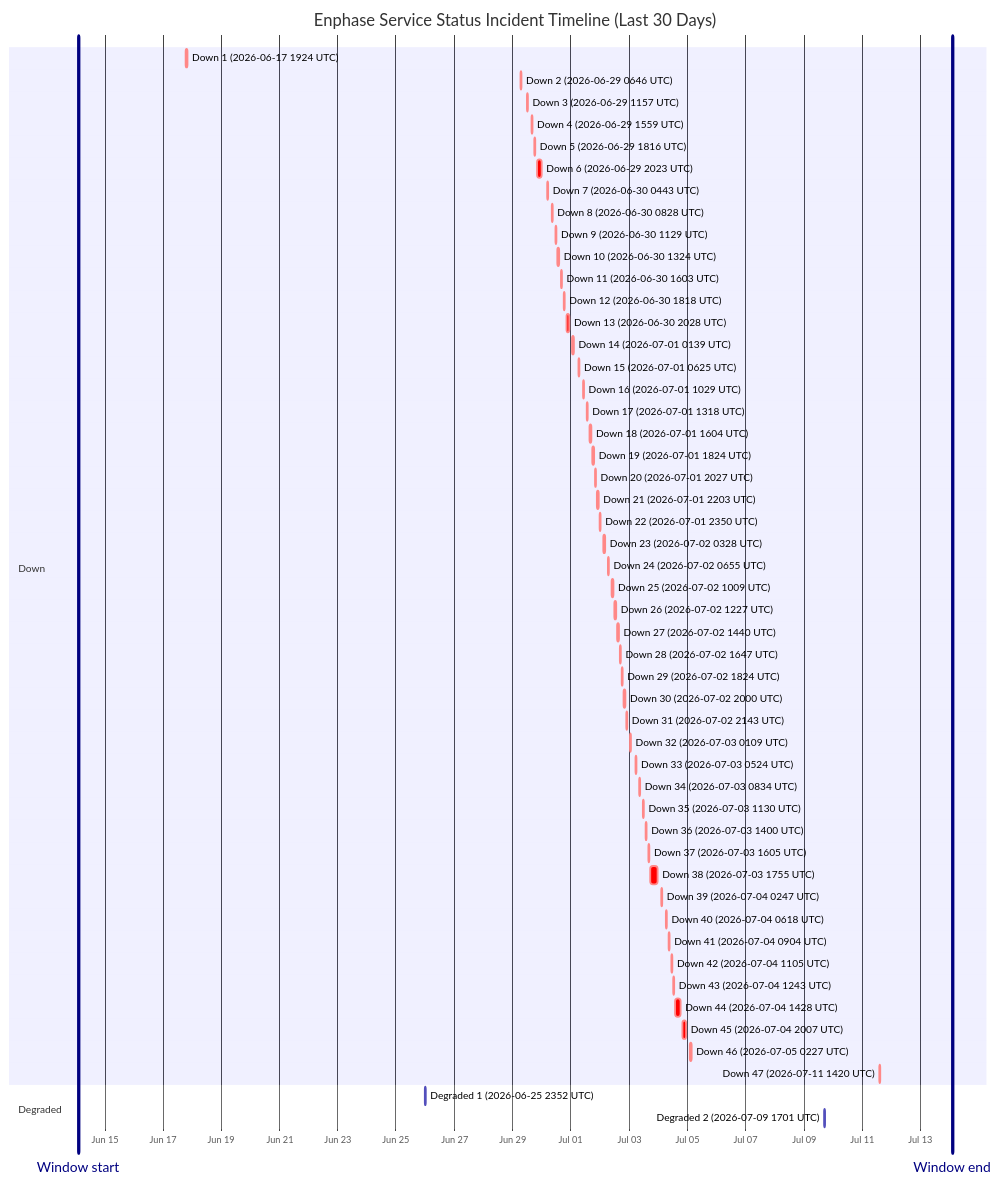
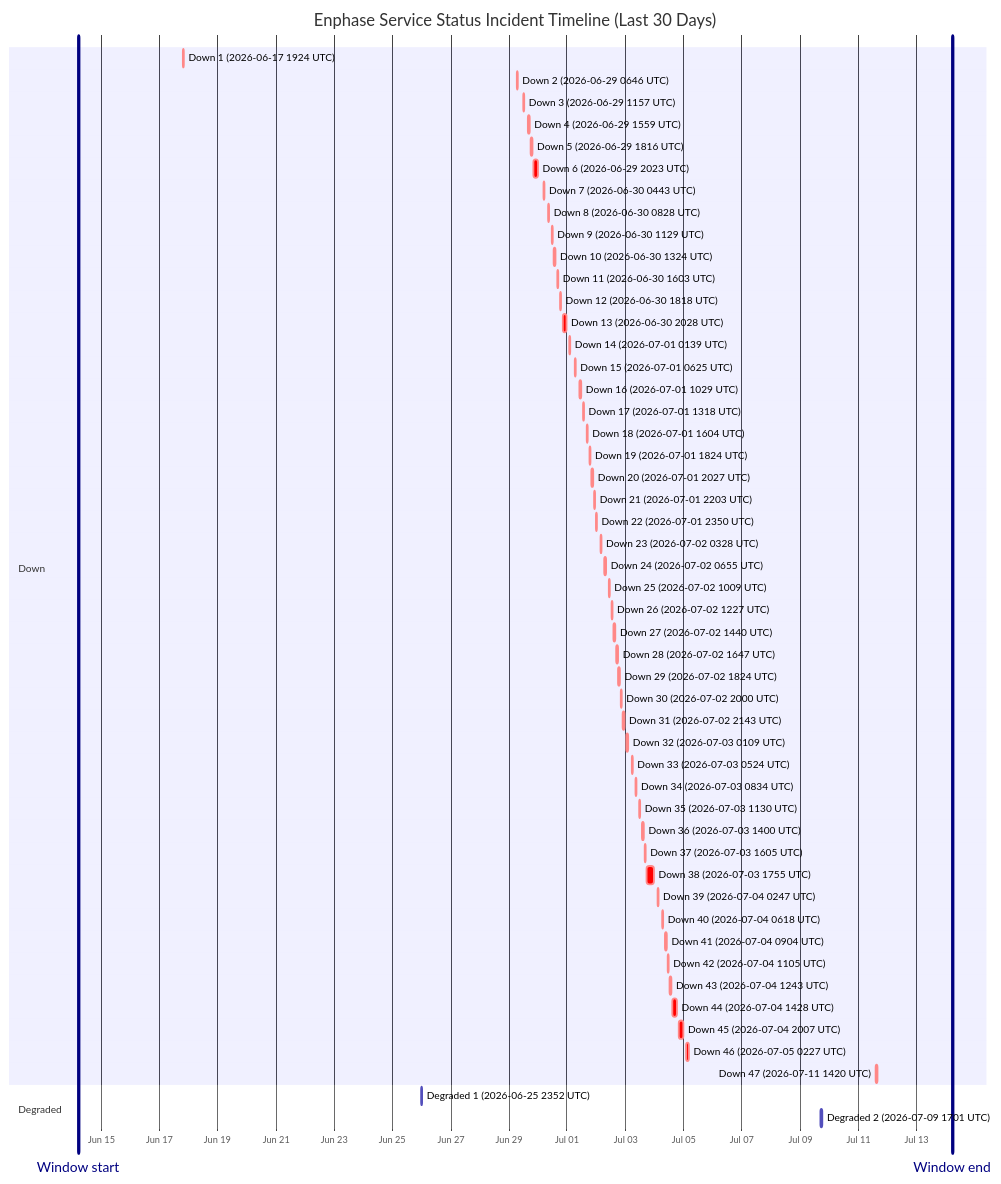
Before and after one commit to barneyonline/ha-enphase-energy: the diagram in wiki/Service-Status-History.md, drawn with Mermaid. The commit also changed other lines of this file and 3 other files, not shown here.

````diff
--- a/wiki/Service-Status-History.md
+++ b/wiki/Service-Status-History.md
@@ -14,59 +14,59 @@
 ```mermaid
 gantt
     title Enphase Service Status Incident Timeline (Last 30 Days)
     dateFormat  YYYY-MM-DDTHH:mm:ss
     axisFormat  %b %d
-    Window start :vert, window-start, 2026-06-14T02:23:11, 0ms
-    Window end :vert, window-end, 2026-07-14T02:23:11, 0ms
+    Window start :vert, window-start, 2026-06-14T05:12:58, 0ms
+    Window end :vert, window-end, 2026-07-14T05:12:58, 0ms
     section Down
     Down 1 (2026-06-17 1924 UTC) :crit, down-1, 2026-06-17T19:24:51, 60m
     Down 2 (2026-06-29 0646 UTC) :crit, down-2, 2026-06-29T06:46:18, 60m
     Down 3 (2026-06-29 1157 UTC) :crit, down-3, 2026-06-29T11:57:36, 60m
     Down 4 (2026-06-29 1559 UTC) :crit, down-4, 2026-06-29T15:59:02, 60m
     Down 5 (2026-06-29 1816 UTC) :crit, down-5, 2026-06-29T18:16:38, 60m
     Down 6 (2026-06-29 2023 UTC) :crit, down-6, 2026-06-29T20:23:16, 220m
     Down 7 (2026-06-30 0443 UTC) :crit, down-7, 2026-06-30T04:43:54, 60m
     Down 8 (2026-06-30 0828 UTC) :crit, down-8, 2026-06-30T08:28:43, 60m
     Down 9 (2026-06-30 1129 UTC) :crit, down-9, 2026-06-30T11:29:15, 60m
     Down 10 (2026-06-30 1324 UTC) :crit, down-10, 2026-06-30T13:24:25, 60m
     Down 11 (2026-06-30 1603 UTC) :crit, down-11, 2026-06-30T16:03:26, 60m
     Down 12 (2026-06-30 1818 UTC) :crit, down-12, 2026-06-30T18:18:39, 60m
     Down 13 (2026-06-30 2028 UTC) :crit, down-13, 2026-06-30T20:28:54, 171m
     Down 14 (2026-07-01 0139 UTC) :crit, down-14, 2026-07-01T01:39:18, 60m
     Down 15 (2026-07-01 0625 UTC) :crit, down-15, 2026-07-01T06:25:35, 60m
     Down 16 (2026-07-01 1029 UTC) :crit, down-16, 2026-07-01T10:29:24, 60m
     Down 17 (2026-07-01 1318 UTC) :crit, down-17, 2026-07-01T13:18:31, 60m
     Down 18 (2026-07-01 1604 UTC) :crit, down-18, 2026-07-01T16:04:29, 60m
     Down 19 (2026-07-01 1824 UTC) :crit, down-19, 2026-07-01T18:24:21, 60m
     Down 20 (2026-07-01 2027 UTC) :crit, down-20, 2026-07-01T20:27:17, 60m
     Down 21 (2026-07-01 2203 UTC) :crit, down-21, 2026-07-01T22:03:46, 60m
     Down 22 (2026-07-01 2350 UTC) :crit, down-22, 2026-07-01T23:50:52, 60m
     Down 23 (2026-07-02 0328 UTC) :crit, down-23, 2026-07-02T03:28:33, 60m
     Down 24 (2026-07-02 0655 UTC) :crit, down-24, 2026-07-02T06:55:07, 60m
     Down 25 (2026-07-02 1009 UTC) :crit, down-25, 2026-07-02T10:09:15, 60m
     Down 26 (2026-07-02 1227 UTC) :crit, down-26, 2026-07-02T12:27:49, 60m
     Down 27 (2026-07-02 1440 UTC) :crit, down-27, 2026-07-02T14:40:53, 60m
     Down 28 (2026-07-02 1647 UTC) :crit, down-28, 2026-07-02T16:47:47, 60m
     Down 29 (2026-07-02 1824 UTC) :crit, down-29, 2026-07-02T18:24:26, 60m
     Down 30 (2026-07-02 2000 UTC) :crit, down-30, 2026-07-02T20:00:57, 60m
     Down 31 (2026-07-02 2143 UTC) :crit, down-31, 2026-07-02T21:43:52, 80m
     Down 32 (2026-07-03 0109 UTC) :crit, down-32, 2026-07-03T01:09:19, 60m
     Down 33 (2026-07-03 0524 UTC) :crit, down-33, 2026-07-03T05:24:23, 60m
     Down 34 (2026-07-03 0834 UTC) :crit, down-34, 2026-07-03T08:34:05, 60m
     Down 35 (2026-07-03 1130 UTC) :crit, down-35, 2026-07-03T11:30:41, 60m
     Down 36 (2026-07-03 1400 UTC) :crit, down-36, 2026-07-03T14:00:48, 60m
     Down 37 (2026-07-03 1605 UTC) :crit, down-37, 2026-07-03T16:05:49, 60m
     Down 38 (2026-07-03 1755 UTC) :crit, down-38, 2026-07-03T17:55:54, 338m
     Down 39 (2026-07-04 0247 UTC) :crit, down-39, 2026-07-04T02:47:22, 60m
     Down 40 (2026-07-04 0618 UTC) :crit, down-40, 2026-07-04T06:18:09, 60m
     Down 41 (2026-07-04 0904 UTC) :crit, down-41, 2026-07-04T09:04:41, 60m
     Down 42 (2026-07-04 1105 UTC) :crit, down-42, 2026-07-04T11:05:21, 60m
     Down 43 (2026-07-04 1243 UTC) :crit, down-43, 2026-07-04T12:43:25, 60m
     Down 44 (2026-07-04 1428 UTC) :crit, down-44, 2026-07-04T14:28:07, 243m
     Down 45 (2026-07-04 2007 UTC) :crit, down-45, 2026-07-04T20:07:50, 206m
     Down 46 (2026-07-05 0227 UTC) :crit, down-46, 2026-07-05T02:27:32, 109m
     Down 47 (2026-07-11 1420 UTC) :crit, down-47, 2026-07-11T14:20:54, 69m
     section Degraded
     Degraded 1 (2026-06-25 2352 UTC) :active, degraded-1, 2026-06-25T23:52:01, 60m
     Degraded 2 (2026-07-09 1701 UTC) :active, degraded-2, 2026-07-09T17:01:02, 60m
 ```
````
